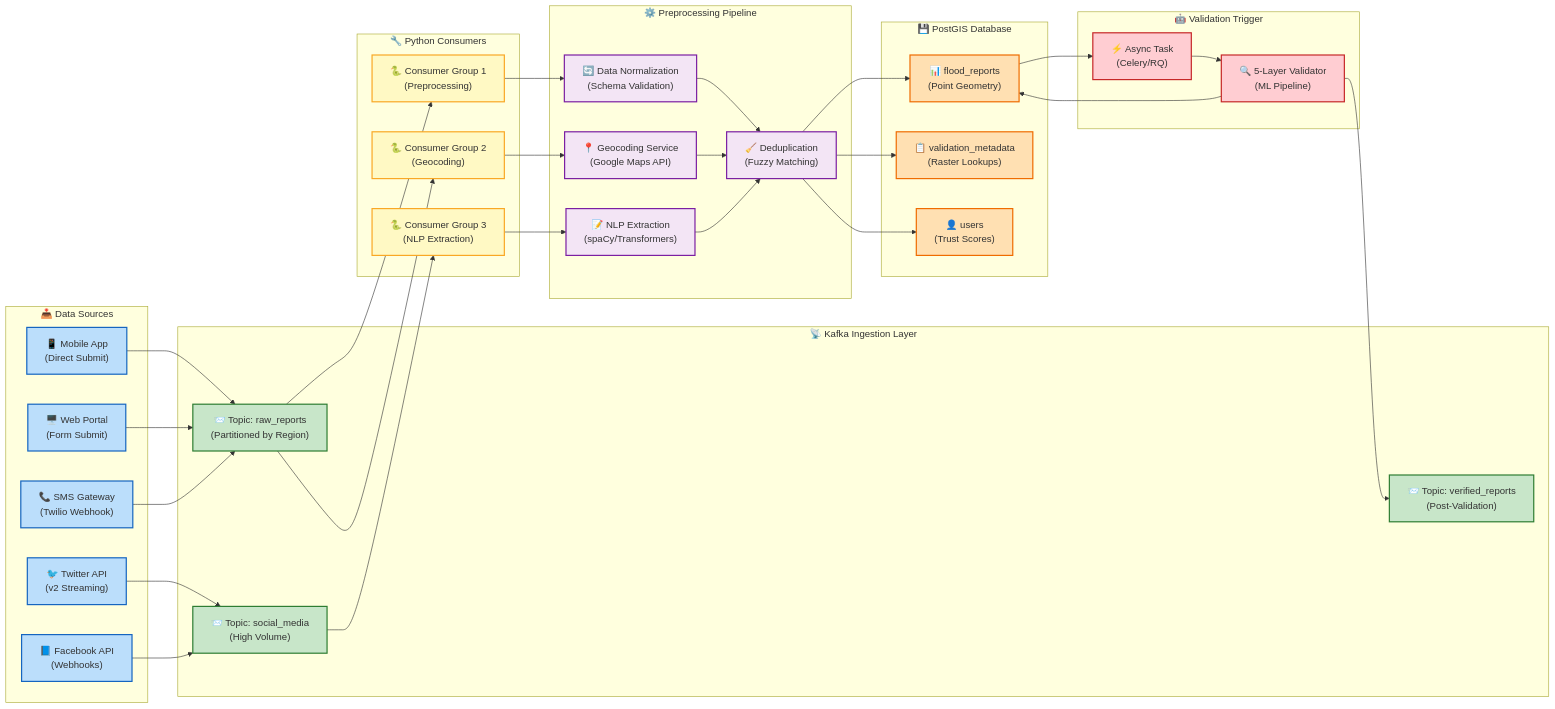
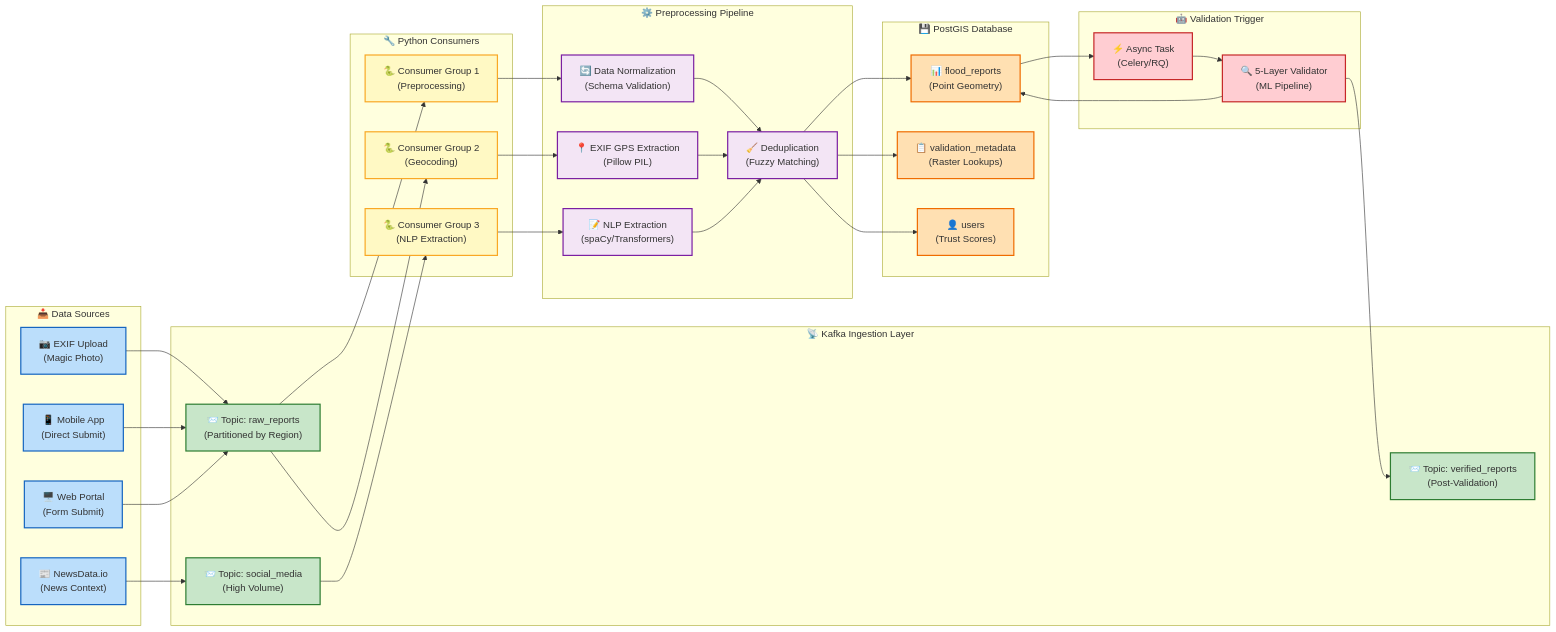
The diagram in results/figures/diagrams/02_data_ingestion.md (ui07xWizardOp/odisha-flood-validation-system), drawn with Mermaid before and after one commit. The commit also changed other lines of this file and 17 other files, not shown here.

````diff
--- a/results/figures/diagrams/02_data_ingestion.md
+++ b/results/figures/diagrams/02_data_ingestion.md
@@ -7,11 +7,10 @@
 ```mermaid
 flowchart LR
     subgraph Sources["📥 Data Sources"]
-        TWITTER["🐦 Twitter API<br/>(v2 Streaming)"]
-        FB["📘 Facebook API<br/>(Webhooks)"]
+        NEWSDATA["📰 NewsData.io<br/>(News Context)"]
         APP["📱 Mobile App<br/>(Direct Submit)"]
         WEB["🖥️ Web Portal<br/>(Form Submit)"]
-        SMS["📞 SMS Gateway<br/>(Twilio Webhook)"]
+        EXIF["📷 EXIF Upload<br/>(Magic Photo)"]
     end
 
     subgraph Ingestion["📡 Kafka Ingestion Layer"]
@@ -27,7 +26,7 @@
     end
 
     subgraph Preprocessing["⚙️ Preprocessing Pipeline"]
-        GEOCODE["📍 Geocoding Service<br/>(Google Maps API)"]
+        GEOCODE["📍 EXIF GPS Extraction<br/>(Pillow PIL)"]
         NLP["📝 NLP Extraction<br/>(spaCy/Transformers)"]
         NORMALIZE["🔄 Data Normalization<br/>(Schema Validation)"]
         DEDUPE["🧹 Deduplication<br/>(Fuzzy Matching)"]
@@ -45,11 +44,10 @@
     end
 
     %% Source to Kafka
-    TWITTER --> TOPIC_SOCIAL
-    FB --> TOPIC_SOCIAL
+    NEWSDATA --> TOPIC_SOCIAL
+    EXIF --> TOPIC_RAW
     APP --> TOPIC_RAW
     WEB --> TOPIC_RAW
-    SMS --> TOPIC_RAW
 
     %% Kafka to Consumers
     TOPIC_RAW --> CONSUMER1
@@ -85,7 +83,7 @@
     classDef storageNode fill:#ffe0b2,stroke:#ef6c00,stroke-width:2px
     classDef validNode fill:#ffcdd2,stroke:#c62828,stroke-width:2px
 
-    class TWITTER,FB,APP,WEB,SMS sourceNode
+    class NEWSDATA,EXIF,APP,WEB sourceNode
     class TOPIC_RAW,TOPIC_SOCIAL,TOPIC_VERIFIED kafkaNode
     class CONSUMER1,CONSUMER2,CONSUMER3 consumerNode
     class GEOCODE,NLP,NORMALIZE,DEDUPE processNode
````
